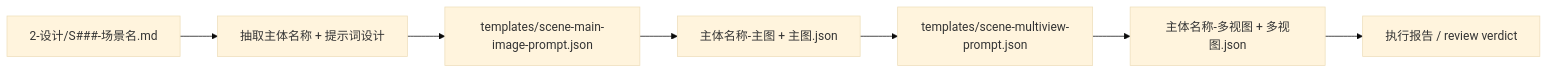
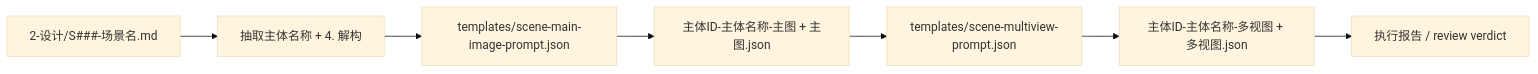
One commit to ZEN-VOID/AI-CUT changed the second of 3 diagrams in .agents/skills/aigc/5-设计/场景/3-生成/SKILL.md. Above: the diagram before and after it, drawn with Mermaid (base theme). The commit also changed other lines of this file and 106 other files, not shown here.

````diff
--- a/.agents/skills/aigc/5-设计/场景/3-生成/SKILL.md
+++ b/.agents/skills/aigc/5-设计/场景/3-生成/SKILL.md
@@ -104,9 +104,9 @@
 ```mermaid
 flowchart LR
-    A["2-设计/S###-场景名.md"] --> B["抽取主体名称 + 提示词设计"]
+    A["2-设计/S###-场景名.md"] --> B["抽取主体名称 + 4. 解构"]
     B --> C["templates/scene-main-image-prompt.json"]
-    C --> D["主体名称-主图 + 主图.json"]
+    C --> D["主体ID-主体名称-主图 + 主图.json"]
     D --> E["templates/scene-multiview-prompt.json"]
-    E --> F["主体名称-多视图 + 多视图.json"]
+    E --> F["主体ID-主体名称-多视图 + 多视图.json"]
     F --> G["执行报告 / review verdict"]
 ```
````
